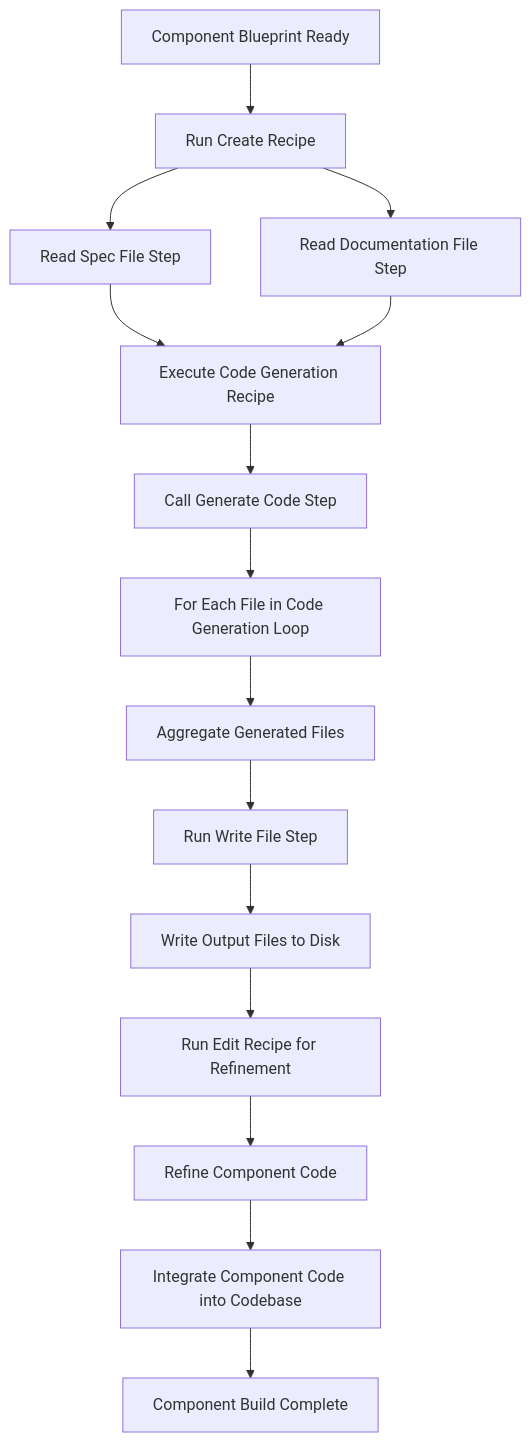
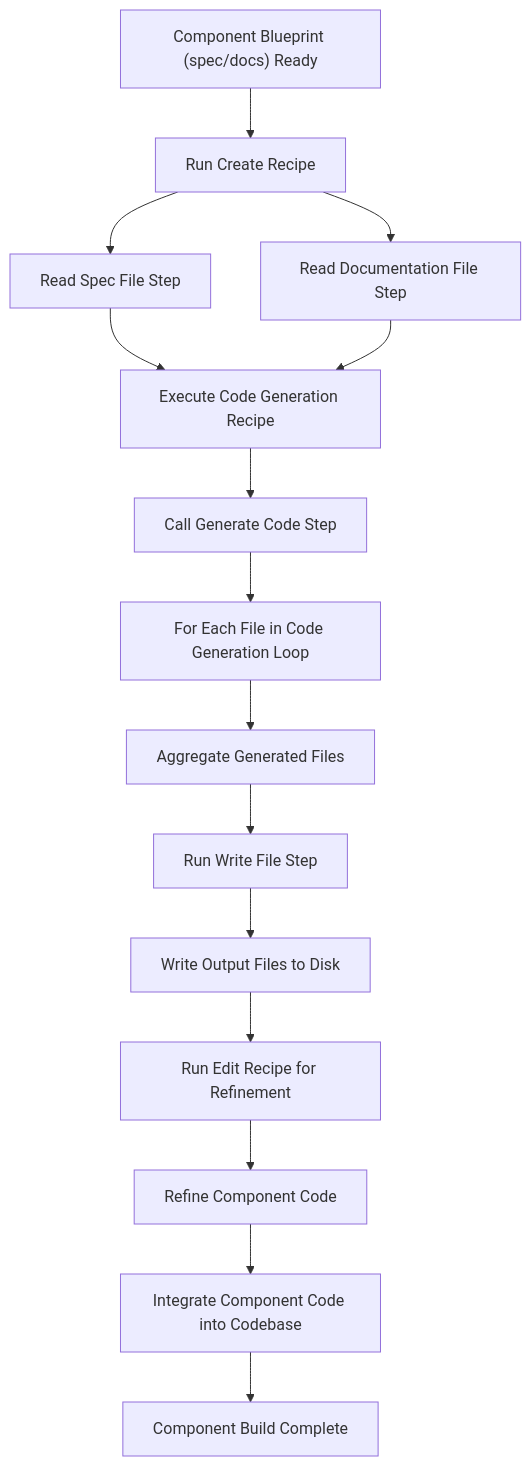
The second of 2 diagrams in docs/diagrams.md (robotdad/recipe-tool), drawn with Mermaid before and after one commit. The commit also changed other lines of this file and 188 other files, not shown here.

````diff
--- a/docs/diagrams.md
+++ b/docs/diagrams.md
@@ -154,32 +30,32 @@
 ```mermaid
 flowchart TD
-    A[Component Blueprint Ready]
+    A["Component Blueprint (spec/docs) Ready"]
     B[Run Create Recipe]
     C[Read Spec File Step]
     D[Read Documentation File Step]
     E[Execute Code Generation Recipe]
     F[Call Generate Code Step]
     G[For Each File in Code Generation Loop]
     H[Aggregate Generated Files]
     I[Run Write File Step]
     J[Write Output Files to Disk]
     K[Run Edit Recipe for Refinement]
     L[Refine Component Code]
     M[Integrate Component Code into Codebase]
     N[Component Build Complete]
 
     A --> B
     B --> C
     B --> D
     C --> E
     D --> E
     E --> F
     F --> G
     G --> H
     H --> I
     I --> J
     J --> K
     K --> L
     L --> M
     M --> N
 ```
````
